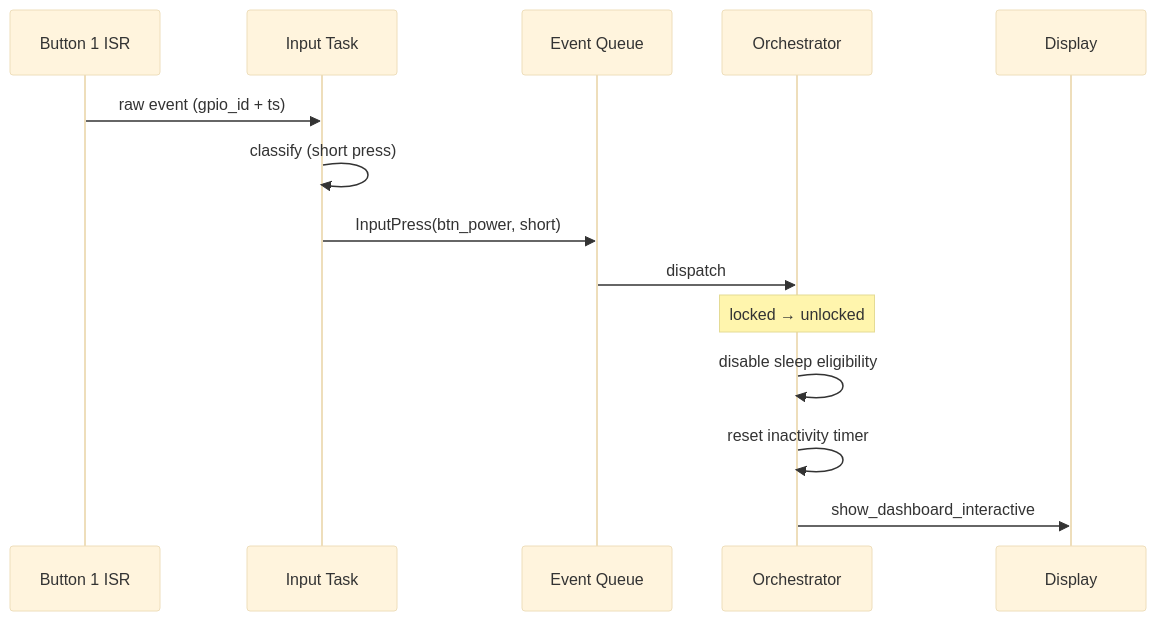
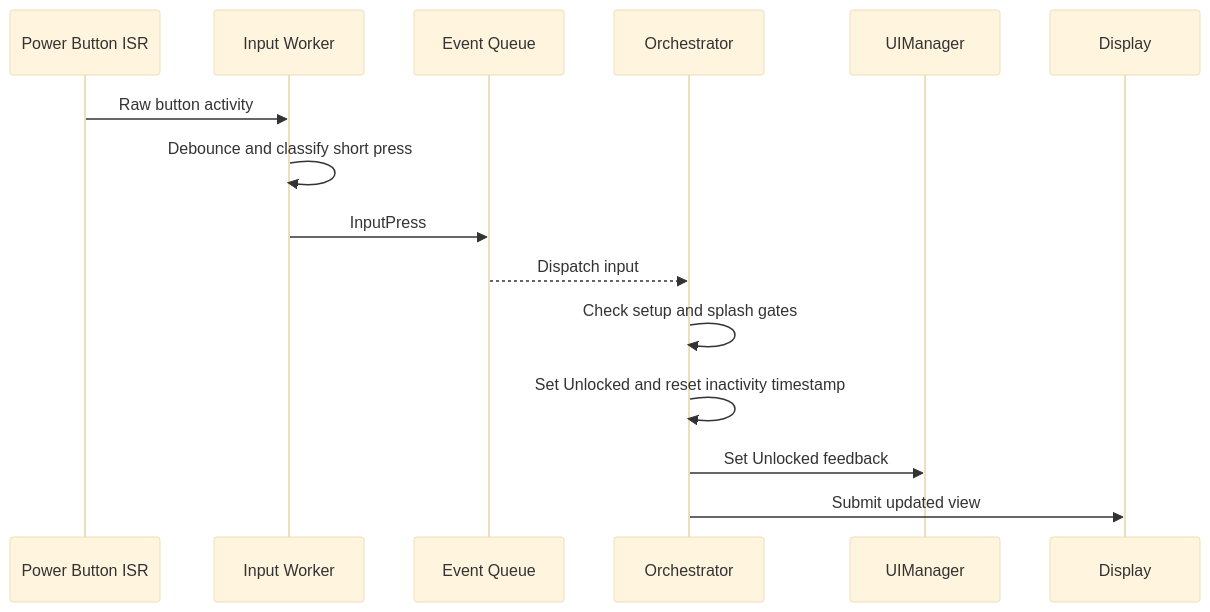
Before and after one commit to Open-Air-Foundation/firmware-core: the eighth of 8 diagrams in products/go/ARCHITECTURE.md, drawn with Mermaid (base theme). The commit also changed other lines of this file and 15 other files, not shown here.

````diff
--- a/products/go/ARCHITECTURE.md
+++ b/products/go/ARCHITECTURE.md
@@ -998,17 +487,17 @@
 ```mermaid
 sequenceDiagram
-    participant ISR as Button 1 ISR
-    participant InputTask as Input Task
+    participant ISR as Power Button ISR
+    participant Input as Input Worker
     participant Queue as Event Queue
     participant Orch as Orchestrator
+    participant UI as UIManager
     participant Display
-
-    ISR->>InputTask: raw event (gpio_id + ts)
-    InputTask->>InputTask: classify (short press)
-    InputTask->>Queue: InputPress(btn_power, short)
-    Queue->>Orch: dispatch
-    Note over Orch: locked → unlocked
-    Orch->>Orch: disable sleep eligibility
-    Orch->>Orch: reset inactivity timer
-    Orch->>Display: show_dashboard_interactive
+    ISR->>Input: Raw button activity
+    Input->>Input: Debounce and classify short press
+    Input->>Queue: InputPress
+    Queue-->>Orch: Dispatch input
+    Orch->>Orch: Check setup and splash gates
+    Orch->>Orch: Set Unlocked and reset inactivity timestamp
+    Orch->>UI: Set Unlocked feedback
+    Orch->>Display: Submit updated view
 ```
````
